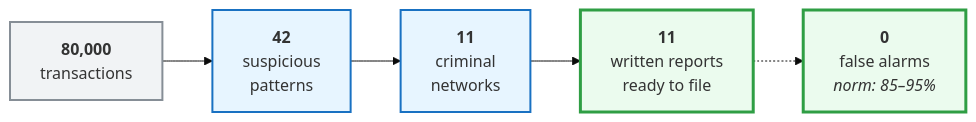
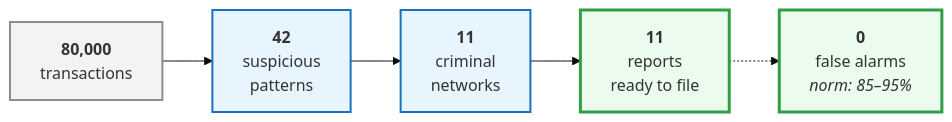
One commit to akarshncodes/chakravyuh changed the sixth of 6 diagrams in README.md. Above: the diagram before and after it, drawn with Mermaid (base theme). The commit also changed other lines of this file, not shown here.

````diff
--- a/README.md
+++ b/README.md
@@ -291,17 +276,17 @@
 ```mermaid
 flowchart LR
     A["<b>80,000</b><br/>transactions"]
     B["<b>42</b><br/>suspicious<br/>patterns"]
     C["<b>11</b><br/>criminal<br/>networks"]
-    D["<b>11</b><br/>written reports<br/>ready to file"]
+    D["<b>11</b><br/>reports<br/>ready to file"]
     E["<b>0</b><br/>false alarms<br/><i>norm: 85–95%</i>"]
 
     A --> B --> C --> D
     D -.-> E
 
     style A fill:#f1f3f5,stroke:#868e96,stroke-width:2px
     style B fill:#e7f5ff,stroke:#1971c2,stroke-width:2px
     style C fill:#e7f5ff,stroke:#1971c2,stroke-width:2px
     style D fill:#ebfbee,stroke:#2f9e44,stroke-width:3px
     style E fill:#ebfbee,stroke:#2f9e44,stroke-width:3px
 ```
````
